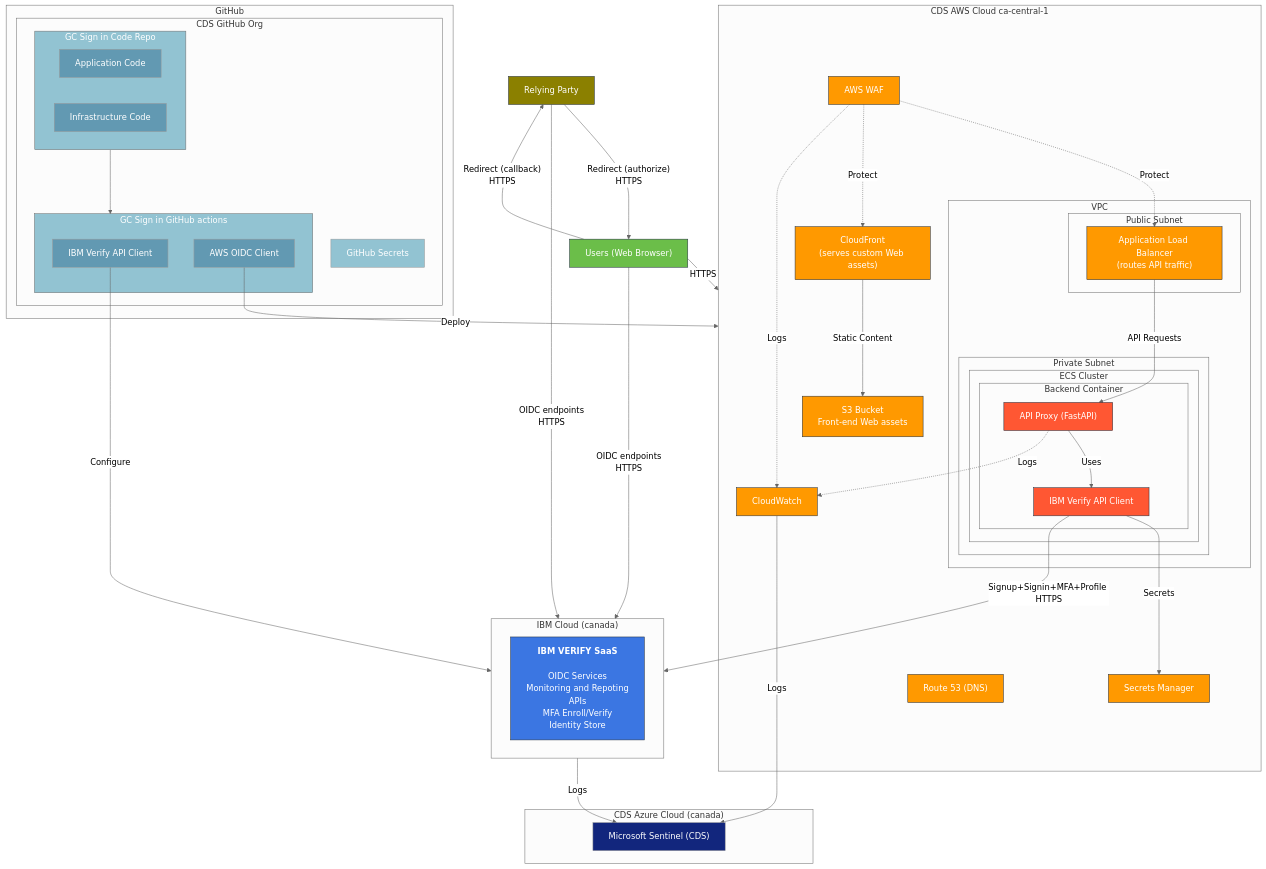
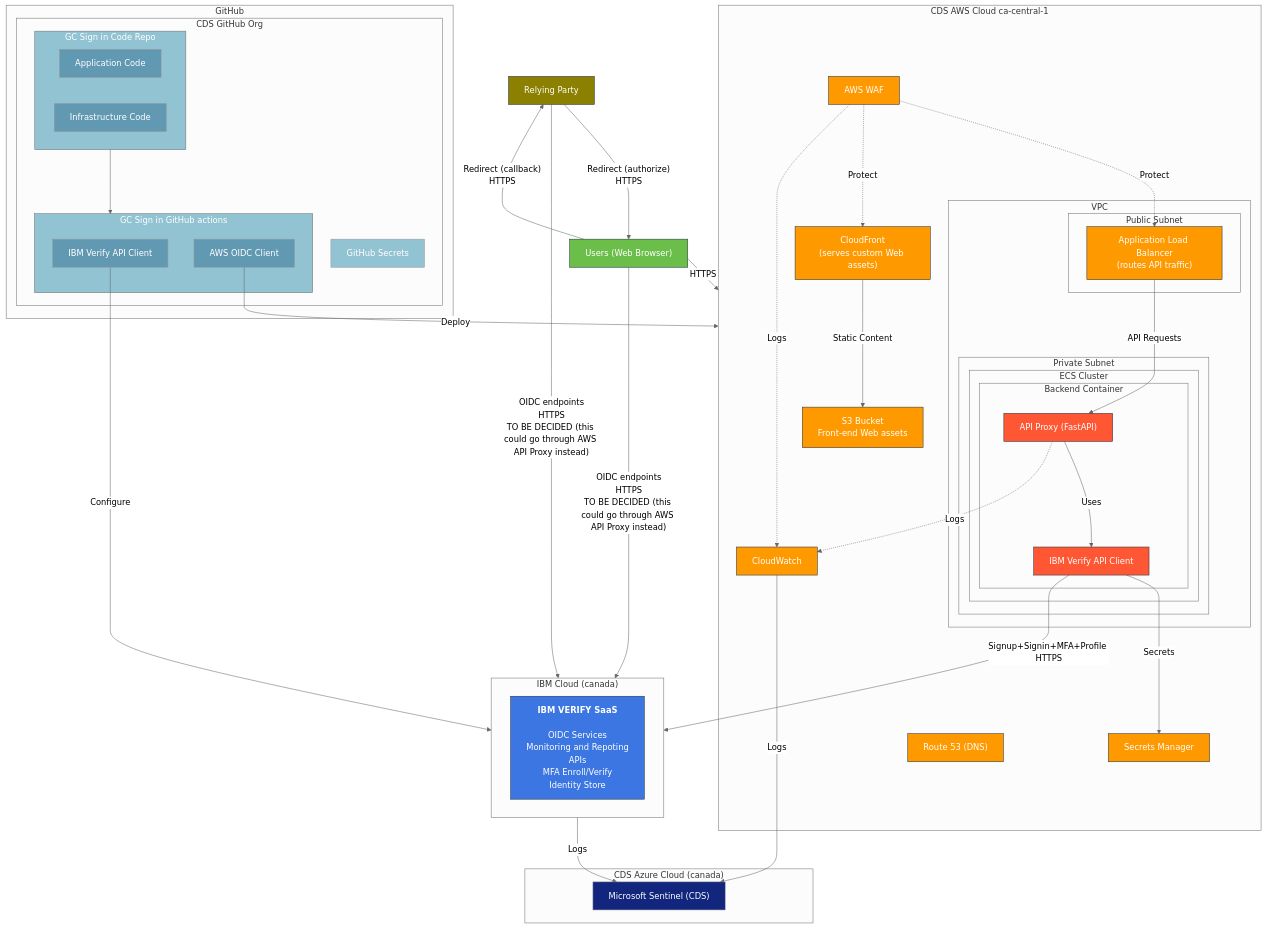
One commit to cds-snc/canadalogin-user-selfservice-webapp changed the diagram in docs/architecture/gc-signin-aws-system-architecture-with-github.mmd. Above: the diagram before and after it, drawn with Mermaid. The commit also changed 3 other files, not shown here.

Commit message:
Updated diagram noting that we need to decide on OIDC connections from RP and GC Sign in user's browser and whether they should go through the API Proxy

```diff
--- a/docs/architecture/gc-signin-aws-system-architecture-with-github.mmd
+++ b/docs/architecture/gc-signin-aws-system-architecture-with-github.mmd
@@ -1,97 +1,97 @@
 %%{init: {'theme':'neutral'}}%%
 graph TB
     subgraph AWS["CDS AWS Cloud ca-central-1"]
         subgraph "VPC"
             subgraph PublicSubnet["Public Subnet"]
                 ALB["Application Load Balancer<br/>(routes API traffic)"]
             end
 
             subgraph "Private Subnet"
                 subgraph "ECS Cluster"
                     subgraph "Backend Container"
                         APIProxy["API Proxy (FastAPI)"]
                         APIClient["IBM Verify API Client"]
                     end
                 end
 
             end
         end
 
         CloudWatch[CloudWatch]
         SecretsManager[Secrets Manager]
         CloudFront["CloudFront<br/>(serves custom Web assets)"]
         Route53["Route 53 (DNS)"]
         S3[S3 Bucket<br/>Front-end Web assets]
         WAF[AWS WAF]
 
         
     end
 
     subgraph IBMVerify["IBM Cloud (canada)"]
         IBMVerifyFeatures["<strong>IBM VERIFY SaaS</strong><br/><br/>OIDC Services<br/>Monitoring and Repoting<br/>APIs<br/>MFA Enroll/Verify<br/>Identity Store"]
     end
 
     subgraph GitHub
         subgraph CDSGitHub["CDS GitHub Org"]
             subgraph GitHubActions["GC Sign in GitHub actions"]
                 GitHubIBMClient["IBM Verify API Client"]
                 GitHubAWSOIDCClient["AWS OIDC Client"]
             end
             GitHubSecrets["GitHub Secrets"]
             subgraph GCSigninCodeRepo["GC Sign in Code Repo"]
                 ApplicationCode["Application Code"]
                 InfrastructureCode["Infrastructure Code"]
             end
         end
     end
 
     RelyingParty[Relying Party]
     WebBrowser["Users (Web Browser)"]
 
     subgraph Azure["CDS Azure Cloud (canada)"]
         Sentinel["Microsoft Sentinel (CDS)"]
     end
     
     %% Connections
     GitHubAWSOIDCClient-->|Deploy| AWS
     GitHubIBMClient-->|Configure| IBMVerify
     GCSigninCodeRepo-->GitHubActions
     
-    WebBrowser -->|"OIDC endpoints<br/>HTTPS"| IBMVerify
+    WebBrowser -->|"OIDC endpoints<br/>HTTPS<br/>TO BE DECIDED (this could go through AWS API Proxy instead)"| IBMVerify
     WebBrowser -->|"HTTPS"| AWS
     CloudFront -->|Static Content| S3
     WAF -.->|Protect| ALB
     WAF -.->|Protect| CloudFront
     ALB -->|API Requests| APIProxy
     APIClient -->|Signup+Signin+MFA+Profile HTTPS| IBMVerify
     APIClient -->|Secrets| SecretsManager
-    RelyingParty-->|"OIDC endpoints<br/>HTTPS"| IBMVerify
+    RelyingParty-->|"OIDC endpoints<br/>HTTPS<br/>TO BE DECIDED (this could go through AWS API Proxy instead)"| IBMVerify
     RelyingParty-->|"Redirect (authorize)<br/>HTTPS"| WebBrowser
     WebBrowser-->|"Redirect (callback)<br/>HTTPS"| RelyingParty
     APIProxy-->|Uses| APIClient
 
     %% Monitoring
     WAF -.->|Logs| CloudWatch
     APIProxy -.->|Logs| CloudWatch
     CloudWatch -->|Logs| Sentinel
     IBMVerify -->|Logs| Sentinel
 
     %% Styling
     classDef aws fill:#FF9900,stroke:#232F3E,color:white;
     classDef gcsignin fill:#FF5733,stroke:#232F3E,color:white;
     classDef ibm fill:#3B76e2,stroke:#232F3E,color:white;
     classDef ibmchild fill:#1B46C2,stroke:#232F3E,color:white;
     classDef users fill:#6BBE49,stroke:#232F3E,color:white;
     classDef rp fill:#8B8000,stroke:#232F3E,color:white;
     classDef github fill:#92C3D2,stroke:#23F3E,color:white;
     classDef githubchild fill:#6299B2,stroke:#23F3E,color:white;
     classDef azure fill:#12267d,stroke:#23F3E,color:white;
 
     class Route53,CloudFront,ALB,WAF,CFWAF,ECS,CloudWatch,SecretsManager,WAFLogs,S3 aws;
     class IBMVerifyFeatures ibm;
     class WebBrowser users;
     class RelyingParty rp;
     class GCSigninFrontEnd,APIProxy,APIClient gcsignin;
     class GitHubActions,GCSigninCodeRepo,GitHubSecrets github;
     class GitHubIBMClient,GitHubAWSOIDCClient,ApplicationCode,InfrastructureCode githubchild;
     class Sentinel azure;
```
